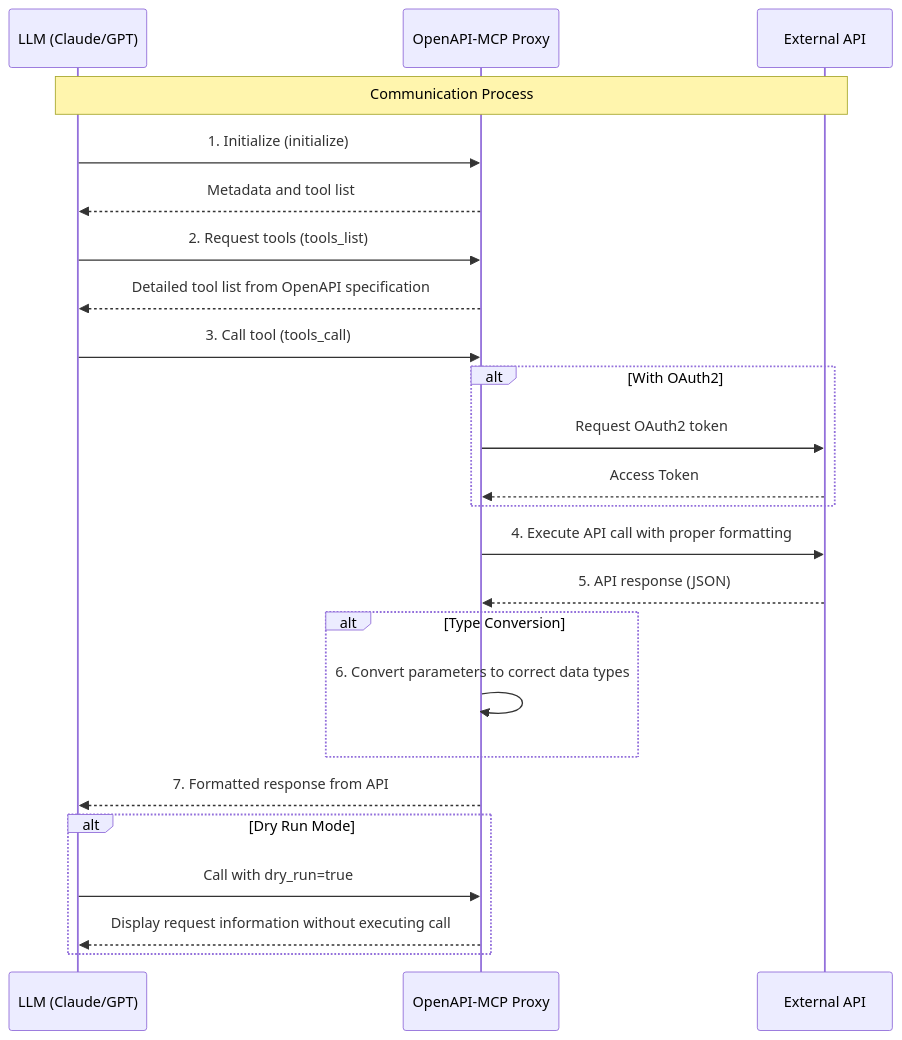
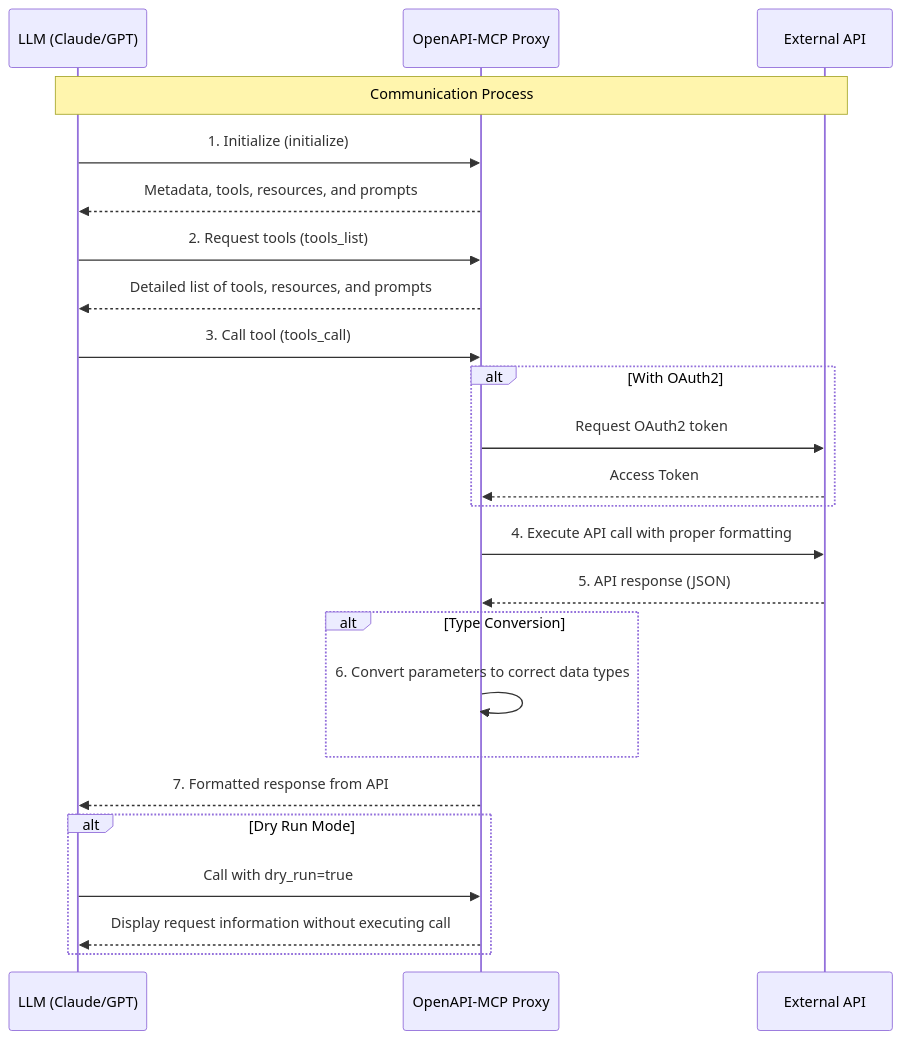
The diagram in README.md (gujord/OpenAPI-MCP), drawn with Mermaid before and after one commit. The commit also changed other lines of this file and 2 other files, not shown here.

Commit message:
added resources and prompts

````diff
--- a/README.md
+++ b/README.md
@@ -72,35 +73,35 @@
 ```mermaid
 sequenceDiagram
     participant LLM as LLM (Claude/GPT)
     participant MCP as OpenAPI-MCP Proxy
     participant API as External API
 
     Note over LLM, API: Communication Process
-    
+
     LLM->>MCP: 1. Initialize (initialize)
-    MCP-->>LLM: Metadata and tool list
-    
+    MCP-->>LLM: Metadata, tools, resources, and prompts
+
     LLM->>MCP: 2. Request tools (tools_list)
-    MCP-->>LLM: Detailed tool list from OpenAPI specification
-    
+    MCP-->>LLM: Detailed list of tools, resources, and prompts
+
     LLM->>MCP: 3. Call tool (tools_call)
-    
+
     alt With OAuth2
         MCP->>API: Request OAuth2 token
         API-->>MCP: Access Token
     end
-    
+
     MCP->>API: 4. Execute API call with proper formatting
     API-->>MCP: 5. API response (JSON)
-    
+
     alt Type Conversion
         MCP->>MCP: 6. Convert parameters to correct data types
     end
-    
+
     MCP-->>LLM: 7. Formatted response from API
-    
+
     alt Dry Run Mode
         LLM->>MCP: Call with dry_run=true
         MCP-->>LLM: Display request information without executing call
     end
 ```
````
